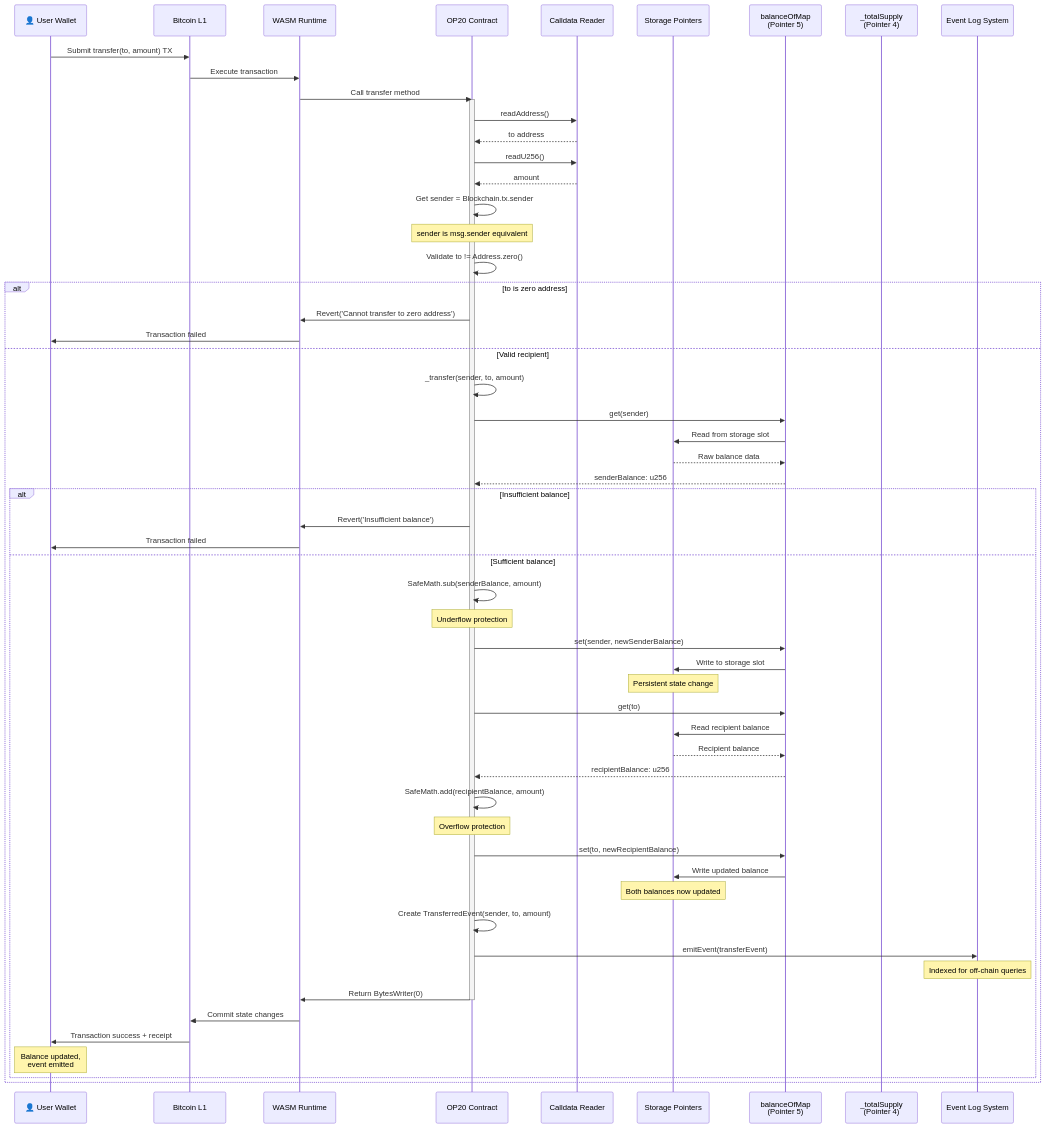
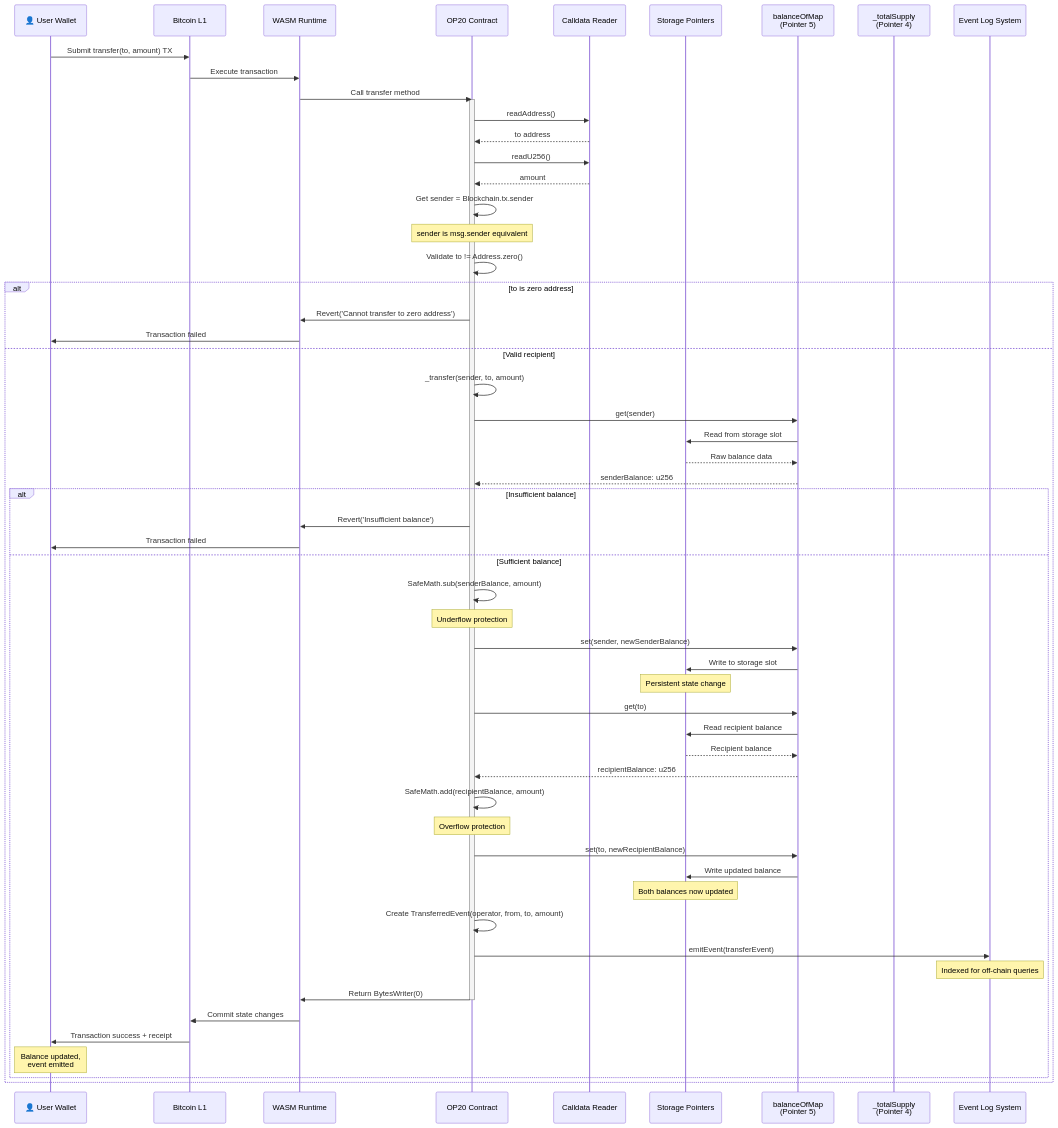
Before and after one commit to btc-vision/btc-runtime: the second of 6 diagrams in docs/contracts/op20-token.md, drawn with Mermaid. The commit also changed other lines of this file and 30 other files, not shown here.

````diff
--- a/docs/contracts/op20-token.md
+++ b/docs/contracts/op20-token.md
@@ -110,75 +113,75 @@
 ```mermaid
 sequenceDiagram
     participant User as 👤 User Wallet
     participant Blockchain as Bitcoin L1
     participant VM as WASM Runtime
     participant OP20 as OP20 Contract
     participant Calldata as Calldata Reader
     participant Storage as Storage Pointers
     participant BalanceMap as balanceOfMap<br/>(Pointer 5)
     participant TotalSupply as _totalSupply<br/>(Pointer 4)
     participant EventLog as Event Log System
 
     User->>Blockchain: Submit transfer(to, amount) TX
     Blockchain->>VM: Execute transaction
     VM->>OP20: Call transfer method
 
     activate OP20
 
     OP20->>Calldata: readAddress()
     Calldata-->>OP20: to address
     OP20->>Calldata: readU256()
     Calldata-->>OP20: amount
 
     OP20->>OP20: Get sender = Blockchain.tx.sender
     Note over OP20: sender is msg.sender equivalent
 
     OP20->>OP20: Validate to != Address.zero()
 
     alt to is zero address
         OP20->>VM: Revert('Cannot transfer to zero address')
         VM->>User: Transaction failed
     else Valid recipient
         OP20->>OP20: _transfer(sender, to, amount)
 
         OP20->>BalanceMap: get(sender)
         BalanceMap->>Storage: Read from storage slot
         Storage-->>BalanceMap: Raw balance data
         BalanceMap-->>OP20: senderBalance: u256
 
         alt Insufficient balance
             OP20->>VM: Revert('Insufficient balance')
             VM->>User: Transaction failed
         else Sufficient balance
             OP20->>OP20: SafeMath.sub(senderBalance, amount)
             Note over OP20: Underflow protection
 
             OP20->>BalanceMap: set(sender, newSenderBalance)
             BalanceMap->>Storage: Write to storage slot
             Note over Storage: Persistent state change
 
             OP20->>BalanceMap: get(to)
             BalanceMap->>Storage: Read recipient balance
             Storage-->>BalanceMap: Recipient balance
             BalanceMap-->>OP20: recipientBalance: u256
 
             OP20->>OP20: SafeMath.add(recipientBalance, amount)
             Note over OP20: Overflow protection
 
             OP20->>BalanceMap: set(to, newRecipientBalance)
             BalanceMap->>Storage: Write updated balance
             Note over Storage: Both balances now updated
 
-            OP20->>OP20: Create TransferredEvent(sender, to, amount)
+            OP20->>OP20: Create TransferredEvent(operator, from, to, amount)
             OP20->>EventLog: emitEvent(transferEvent)
             Note over EventLog: Indexed for off-chain queries
 
             OP20->>VM: Return BytesWriter(0)
             deactivate OP20
 
             VM->>Blockchain: Commit state changes
             Blockchain->>User: Transaction success + receipt
             Note over User: Balance updated,<br/>event emitted
         end
     end
 ```
````
